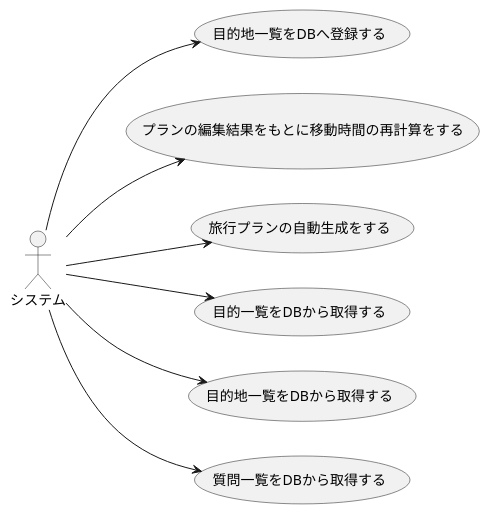
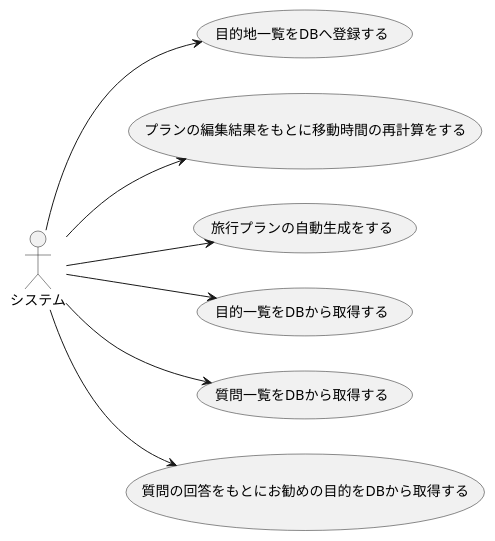
One commit to teamack20172020/sotukenTest changed the diagram in 設計書/ユースケース関係/済：システム：ユースケース図.pu. Above: the diagram before and after it, drawn with PlantUML.

Commit message:
不要なユースケースの破棄

```diff
--- a/設計書/ユースケース関係/済：システム：ユースケース図.pu
+++ b/設計書/ユースケース関係/済：システム：ユースケース図.pu
@@ -1,21 +1,21 @@
 @startuml
 
 left to right direction
 
 :システム: as user
 
 (目的地一覧をDBへ登録する) as sys1
 (プランの編集結果をもとに移動時間の再計算をする) as sys2
 (旅行プランの自動生成をする) as sys3
 (目的一覧をDBから取得する) as sys4
-(目的地一覧をDBから取得する) as sys5
-(質問一覧をDBから取得する) as sys6
+(質問一覧をDBから取得する) as sys5
+(質問の回答をもとにお勧めの目的をDBから取得する) as sys6
 
 user --> sys1
 user --> sys2
 user --> sys3
 user --> sys4
 user --> sys5
 user --> sys6
 
 @enduml
```
